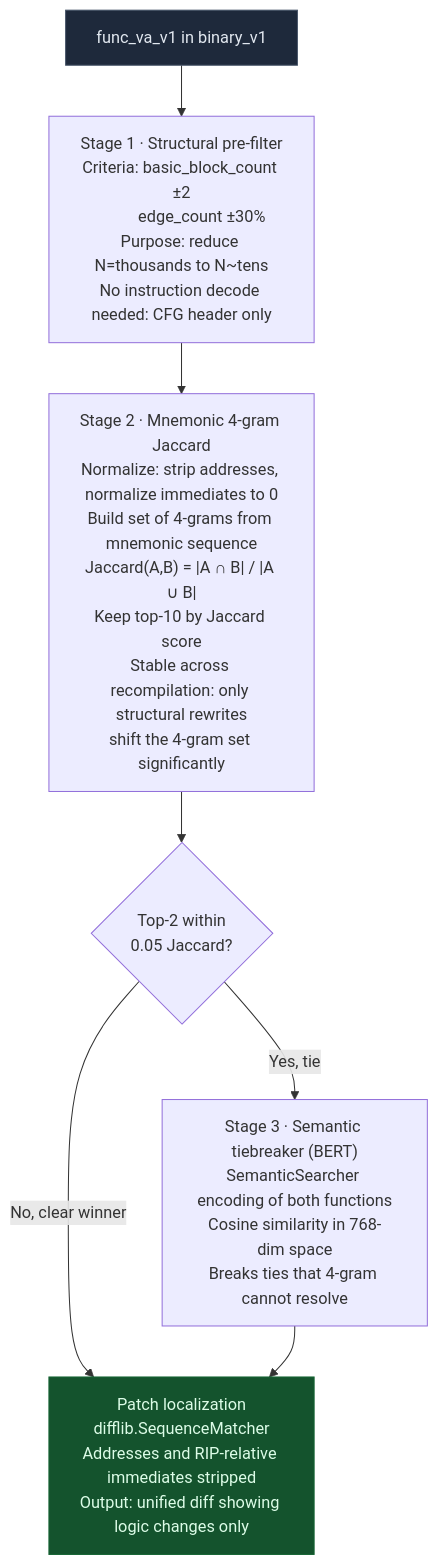
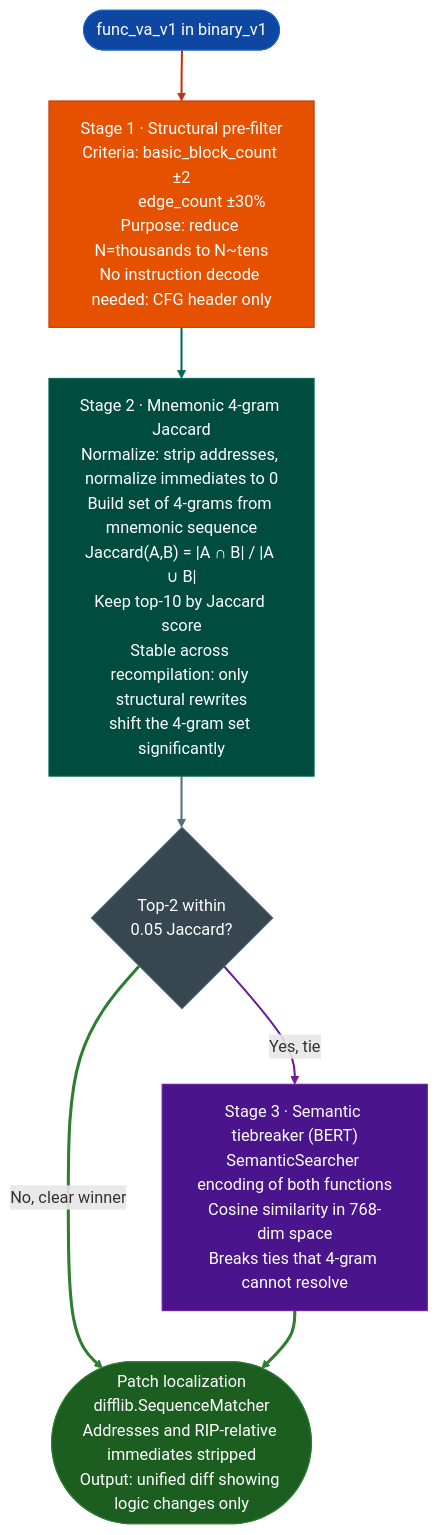
One commit to Ablation-Tool/ablation changed the first of 2 diagrams in docs/reference-modules/structural.md. Above: the diagram before and after it, drawn with Mermaid. The commit also changed other lines of this file and 320 other files, not shown here.

First line of the commit message:
docs: apply canonical Mermaid template to all 321 diagrams

````diff
--- a/docs/reference-modules/structural.md
+++ b/docs/reference-modules/structural.md
@@ -26,15 +26,24 @@
 ```mermaid
 flowchart TD
-    A["func_va_v1 in binary_v1"] --> B["Stage 1 · Structural pre-filter\nCriteria: basic_block_count ±2\n          edge_count ±30%\nPurpose: reduce N=thousands to N~tens\nNo instruction decode needed: CFG header only"]
+    A(["func_va_v1 in binary_v1"]):::input --> B["Stage 1 · Structural pre-filter\nCriteria: basic_block_count ±2\n          edge_count ±30%\nPurpose: reduce N=thousands to N~tens\nNo instruction decode needed: CFG header only"]:::primary
 
-    B --> C["Stage 2 · Mnemonic 4-gram Jaccard\nNormalize: strip addresses, normalize immediates to 0\nBuild set of 4-grams from mnemonic sequence\nJaccard(A,B) = |A ∩ B| / |A ∪ B|\nKeep top-10 by Jaccard score\nStable across recompilation: only structural rewrites\nshift the 4-gram set significantly"]
+    B:::primary --> C["Stage 2 · Mnemonic 4-gram Jaccard\nNormalize: strip addresses, normalize immediates to 0\nBuild set of 4-grams from mnemonic sequence\nJaccard(A,B) = |A ∩ B| / |A ∪ B|\nKeep top-10 by Jaccard score\nStable across recompilation: only structural rewrites\nshift the 4-gram set significantly"]:::secondary
 
-    C --> D{"Top-2 within\n0.05 Jaccard?"}
-    D -->|No, clear winner| E["Patch localization\ndifflib.SequenceMatcher\nAddresses and RIP-relative immediates stripped\nOutput: unified diff showing logic changes only"]
-    D -->|Yes, tie| F["Stage 3 · Semantic tiebreaker (BERT)\nSemanticSearcher encoding of both functions\nCosine similarity in 768-dim space\nBreaks ties that 4-gram cannot resolve"]
+    C:::secondary --> D{"Top-2 within\n0.05 Jaccard?"}:::neutral
+    D:::neutral -->|No, clear winner| E(["Patch localization\ndifflib.SequenceMatcher\nAddresses and RIP-relative immediates stripped\nOutput: unified diff showing logic changes only"]):::output
+    D:::neutral -->|Yes, tie| F["Stage 3 · Semantic tiebreaker (BERT)\nSemanticSearcher encoding of both functions\nCosine similarity in 768-dim space\nBreaks ties that 4-gram cannot resolve"]:::tertiary
 
-    F --> E
-
-    style A fill:#1e293b,stroke:#475569,color:#e2e8f0
-    style E fill:#14532d,stroke:#166534,color:#dcfce7
+    F:::tertiary --> E:::output
+    classDef input     fill:#0d47a1,stroke:#1565c0,color:#fff
+    classDef primary   fill:#e65100,stroke:#bf360c,color:#fff
+    classDef secondary fill:#004d40,stroke:#00695c,color:#fff
+    classDef tertiary  fill:#4a148c,stroke:#6a1b9a,color:#fff
+    classDef neutral   fill:#37474f,stroke:#546e7a,color:#fff
+    classDef output    fill:#1b5e20,stroke:#2e7d32,color:#fff
+    linkStyle 0 stroke:#bf360c,stroke-width:2px
+    linkStyle 1 stroke:#00695c,stroke-width:2px
+    linkStyle 2 stroke:#546e7a,stroke-width:2px
+    linkStyle 3 stroke:#2e7d32,stroke-width:3px
+    linkStyle 4 stroke:#6a1b9a,stroke-width:2px
+    linkStyle 5 stroke:#2e7d32,stroke-width:3px
 ```
````
